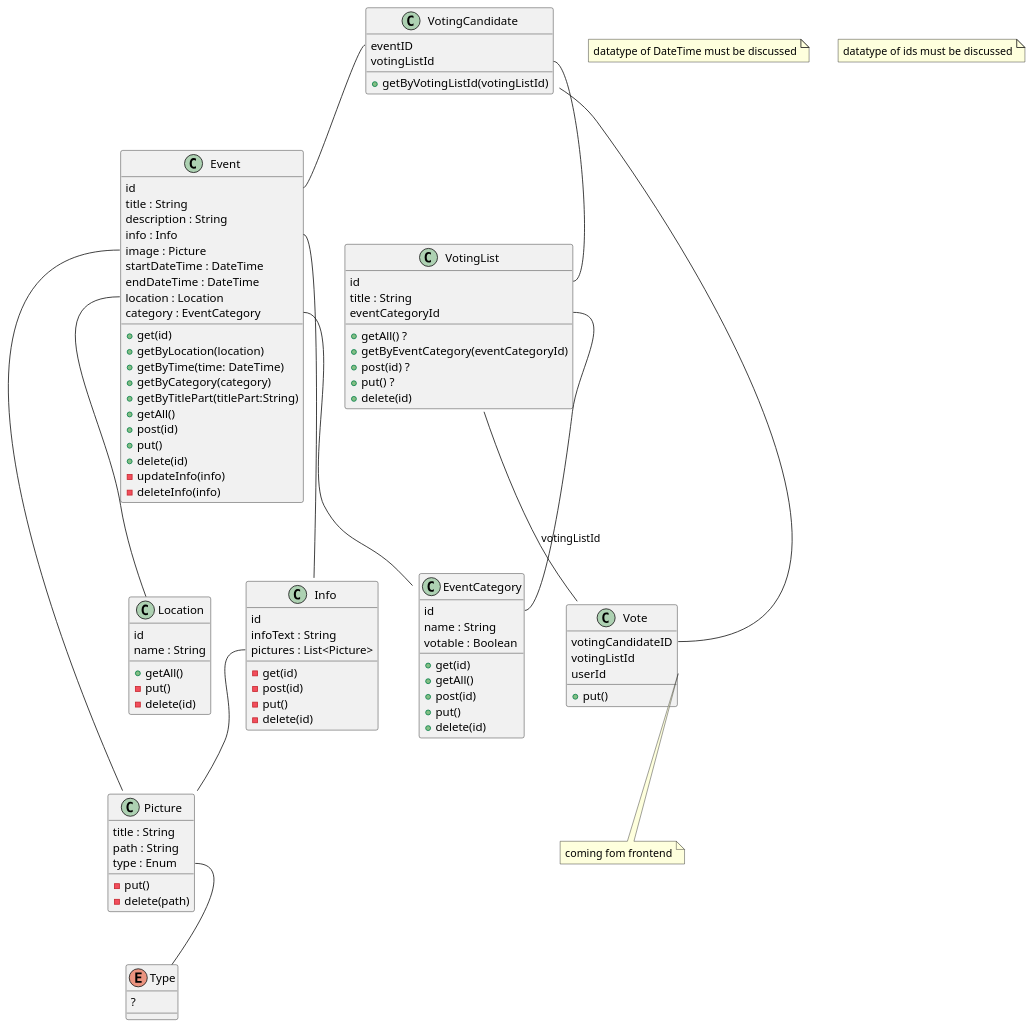
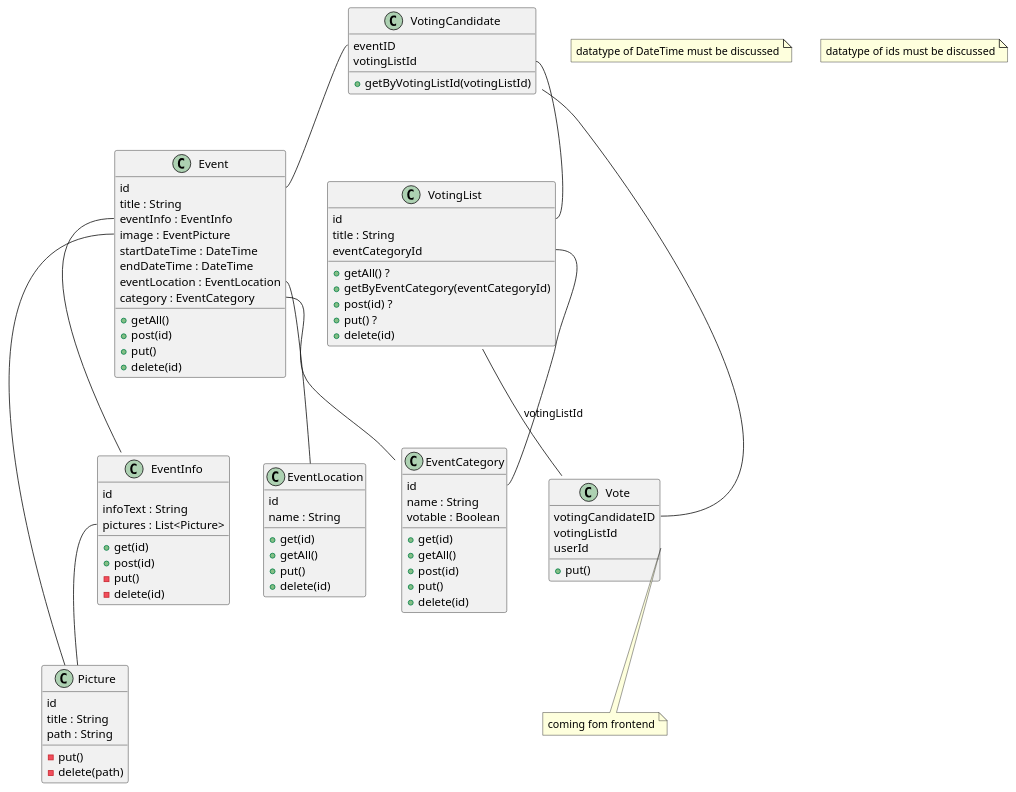
Before and after one commit to FH-Joanneum-Iron-Road-for-Children/iron-road-for-children-backend: the diagram in architecture/class-architecture.v1.puml, drawn with PlantUML.

```diff
--- a/architecture/class-architecture.v1.puml
+++ b/architecture/class-architecture.v1.puml
@@ -1,112 +1,100 @@
 @startuml
 
 class EventCategory{
     id
     name : String
     votable : Boolean
     + get(id)
     + getAll()
     + post(id)
     + put()
     + delete(id)
 }
 
 class Event{
     id
     title : String
-    description : String
-    info : Info
-    image : Picture
+    eventInfo : EventInfo
+    image : EventPicture
     startDateTime : DateTime
     endDateTime : DateTime
-    location : Location
+    eventLocation : EventLocation
     category : EventCategory
-        + get(id)
-        + getByLocation(location)
-        + getByTime(time: DateTime)
-        + getByCategory(category)
-        + getByTitlePart(titlePart:String)
         + getAll()
         + post(id)
         + put()
         + delete(id)
-        - updateInfo(info)
-        - deleteInfo(info)
 }
 
-class Info{
+class EventInfo{
     id
     infoText : String
     pictures : List<Picture>
-    - get(id)
-    - post(id)
+    + get(id)
+    + post(id)
     - put()
     - delete(id)
 }
 
 class Picture{
+    id
     title : String
     path : String
-    type : Enum
     - put()
     - delete(path)
 }
 
-enum Type{
-    ?
-}
-
-class Location{
+class EventLocation{
     id
     name : String
+    + get(id)
     + getAll()
-    - put()
-    - delete(id)
+    + put()
+    + delete(id)
 }
 
 class Vote{
     votingCandidateID
     votingListId
     userId
     + put()
 }
 
 class VotingCandidate{
     eventID
     votingListId
     + getByVotingListId(votingListId)
 }
 
 class VotingList{
     id
     title : String
     eventCategoryId
     + getAll() ?
     + getByEventCategory(eventCategoryId)
     + post(id) ?
     + put() ?
     + delete(id)
 }
 
 note "datatype of DateTime must be discussed" as N3
 note "datatype of ids must be discussed" as N2
 note "coming fom frontend" as N1
 
 Event::image -- Picture
-Event::Location -- Location
+Event::eventLocation -- EventLocation
 Event::category -- EventCategory
-Event::info -- Info
-Info::pictures -- Picture
+Event::eventInfo -- EventInfo
+EventInfo::pictures -- Picture
 Vote::votingCandidateID -- VotingCandidate::id
 Vote::userId -- N1
 VotingCandidate::eventID -- Event::id
 VotingCandidate::votingListId -- VotingList::id
 VotingList::eventCategoryId -- EventCategory::id
-Picture::type -- Type
 VotingList::votingListId -- Vote:votingListId
 
 
 
 
 
 @enduml
```
